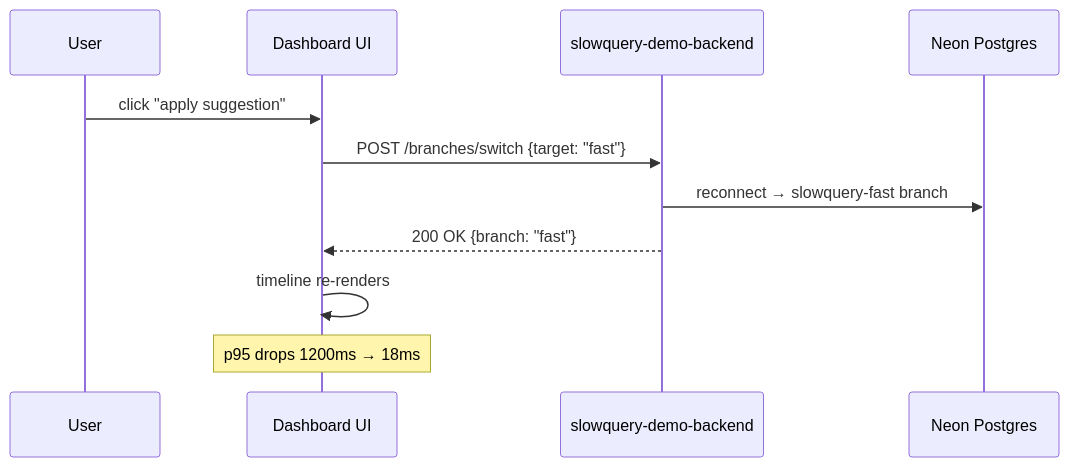
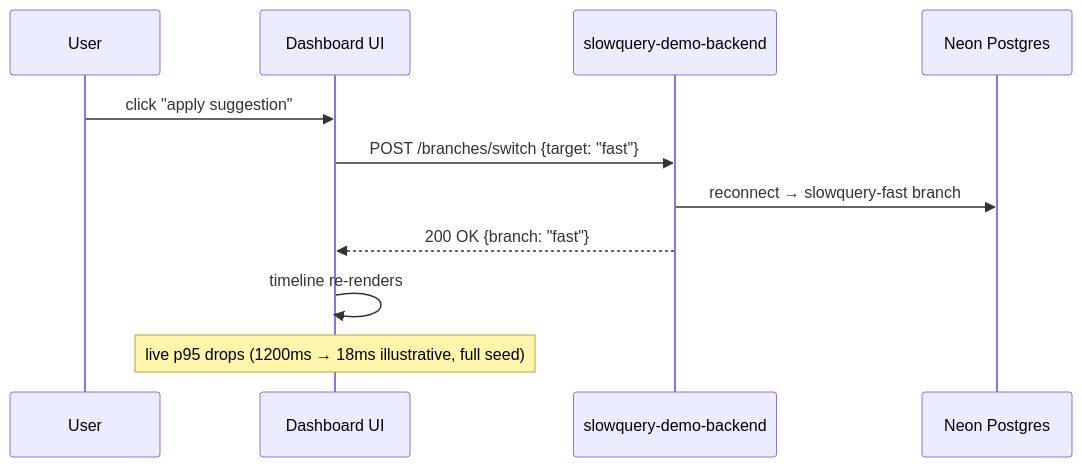
The second of 3 diagrams in README.md (Abdul-Muizz1310/slowquery-dashboard-frontend), drawn with Mermaid before and after one commit. The commit also changed other lines of this file and 5 other files, not shown here.

````diff
--- a/README.md
+++ b/README.md
@@ -74,14 +76,14 @@
 ```mermaid
 sequenceDiagram
     participant User
     participant Dashboard as Dashboard UI
     participant API as slowquery-demo-backend
     participant Neon as Neon Postgres
 
     User->>Dashboard: click "apply suggestion"
     Dashboard->>API: POST /branches/switch {target: "fast"}
     API->>Neon: reconnect → slowquery-fast branch
     API-->>Dashboard: 200 OK {branch: "fast"}
     Dashboard->>Dashboard: timeline re-renders
-    Note over Dashboard: p95 drops 1200ms → 18ms
+    Note over Dashboard: live p95 drops (1200ms → 18ms illustrative, full seed)
 ```
````
